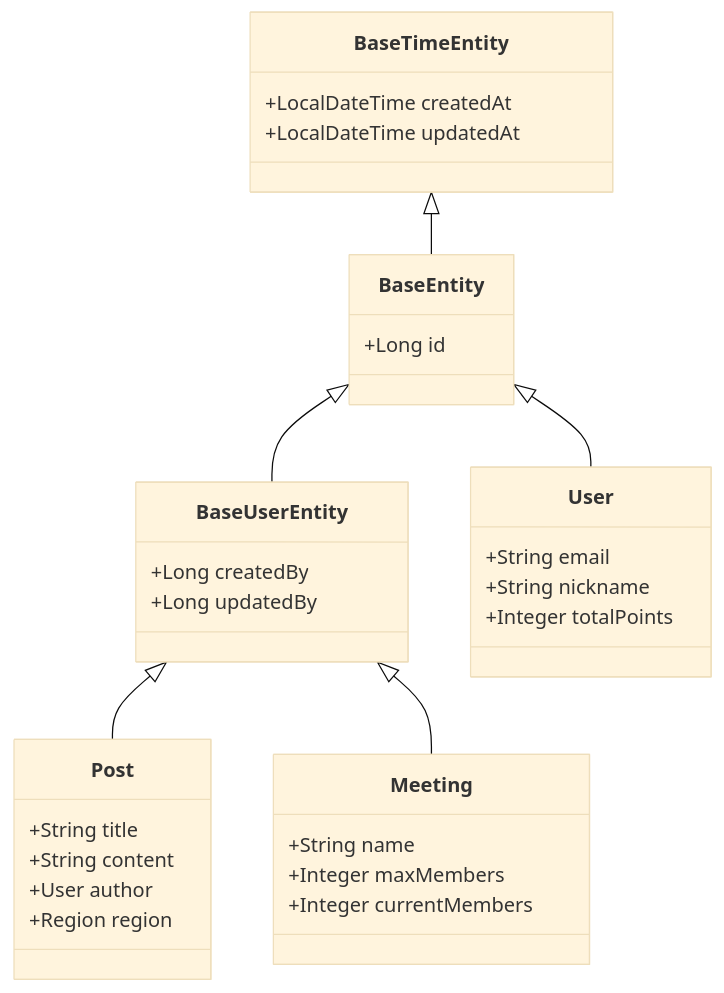
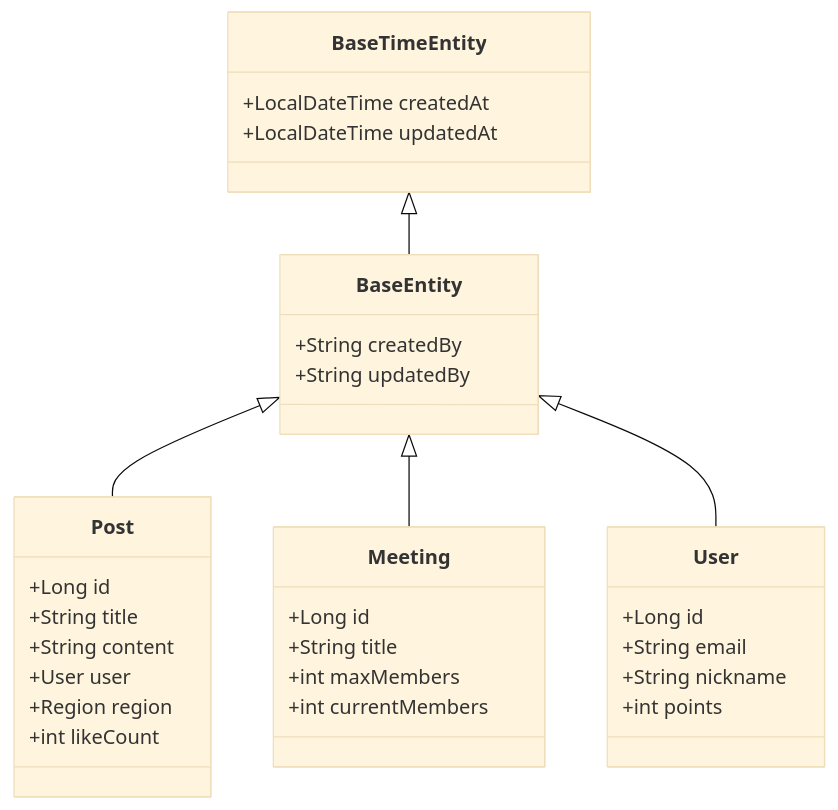
Before and after one commit to beginner0107/eventitta: the second of 10 diagrams in docs/ARCHITECTURE.md, drawn with Mermaid (base theme). The commit also changed other lines of this file and 3 other files, not shown here.

````diff
--- a/docs/ARCHITECTURE.md
+++ b/docs/ARCHITECTURE.md
@@ -146,41 +125,40 @@
 ```mermaid
 classDiagram
     class BaseTimeEntity {
         +LocalDateTime createdAt
         +LocalDateTime updatedAt
     }
 
     class BaseEntity {
-        +Long id
-    }
-
-    class BaseUserEntity {
-        +Long createdBy
-        +Long updatedBy
+        +String createdBy
+        +String updatedBy
     }
 
     class Post {
+        +Long id
         +String title
         +String content
-        +User author
+        +User user
         +Region region
+        +int likeCount
     }
 
     class User {
+        +Long id
         +String email
         +String nickname
-        +Integer totalPoints
+        +int points
     }
 
     class Meeting {
-        +String name
-        +Integer maxMembers
-        +Integer currentMembers
+        +Long id
+        +String title
+        +int maxMembers
+        +int currentMembers
     }
 
     BaseTimeEntity <|-- BaseEntity
-    BaseEntity <|-- BaseUserEntity
+    BaseEntity <|-- Post
+    BaseEntity <|-- Meeting
     BaseEntity <|-- User
-    BaseUserEntity <|-- Post
-    BaseUserEntity <|-- Meeting
 ```
````
